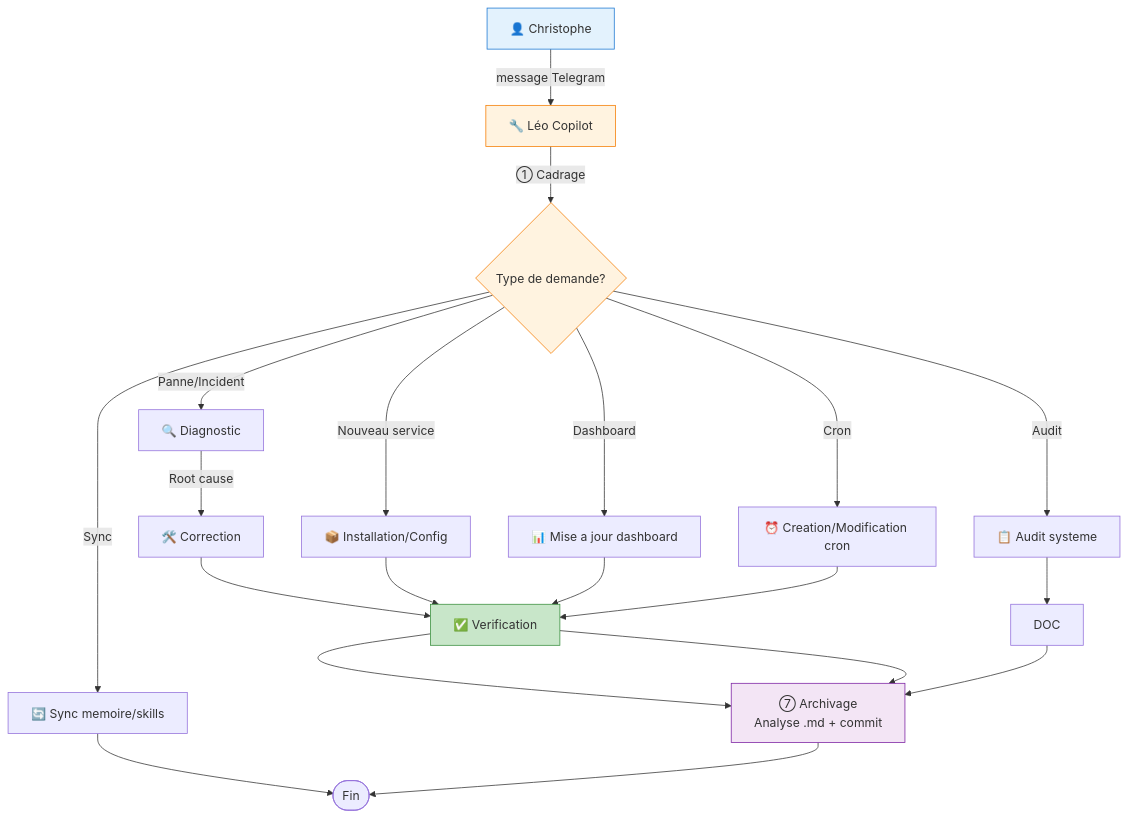
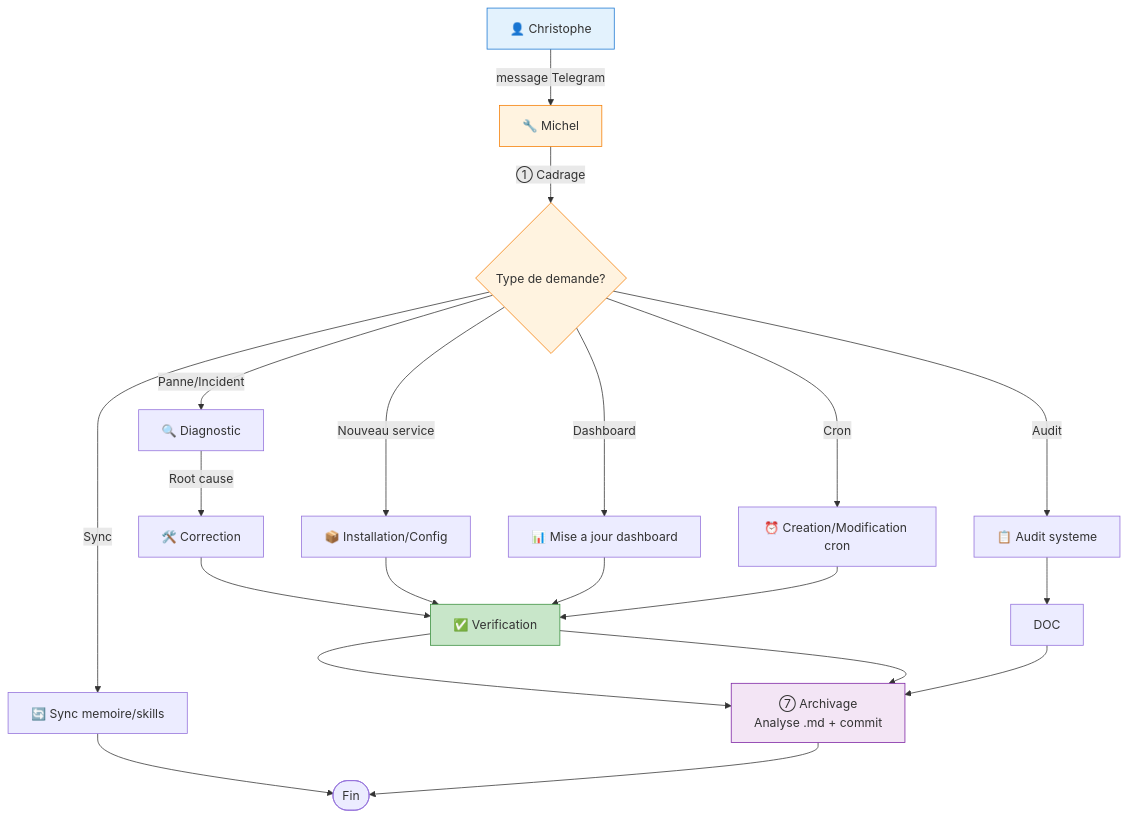
The second of 6 diagrams in docs/wiki/agent-pro/bureau-michel/archive/analyse-bot-leo-copilot.md (christophedanhier-hash/BAVI_LEO), drawn with Mermaid before and after one commit. The commit also changed other lines of this file and 18 other files, not shown here.

Commit message:
v1d: Nettoyage complet - remplacement Léo Copilot/Copilote → Michel dans tous les docs

````diff
--- a/docs/wiki/agent-pro/bureau-michel/archive/analyse-bot-leo-copilot.md
+++ b/docs/wiki/agent-pro/bureau-michel/archive/analyse-bot-leo-copilot.md
@@ -162,36 +162,36 @@
 ```mermaid
 flowchart TD
-    U[👤 Christophe] -->|message Telegram| LC[🔧 Léo Copilot]
+    U[👤 Christophe] -->|message Telegram| LC[🔧 Michel]
     
     LC -->|① Cadrage| Q{Type de demande?}
     
     Q -->|Panne/Incident| DIAG[🔍 Diagnostic]
     DIAG -->|Root cause| FIX[🛠️ Correction]
     FIX --> TEST[✅ Verification]
     TEST --> ARCH
     
     Q -->|Nouveau service| SETUP[📦 Installation/Config]
     SETUP --> TEST
     
     Q -->|Dashboard| DASH[📊 Mise a jour dashboard]
     DASH --> TEST
     
     Q -->|Cron| CRON[⏰ Creation/Modification cron]
     CRON --> TEST
     
     Q -->|Audit| AUDIT[📋 Audit systeme]
     AUDIT --> DOC
     
     Q -->|Sync| SYNC[🔄 Sync memoire/skills]
     SYNC --> FIN
     
     TEST --> ARCH[⑦ Archivage<br/>Analyse .md + commit]
     DOC --> ARCH
     ARCH --> FIN([Fin])
     
     style U fill:#e3f2fd,stroke:#1976d2
     style LC fill:#fff3e0,stroke:#f57c00
     style Q fill:#fff3e0,stroke:#f57c00
     style TEST fill:#c8e6c9,stroke:#388e3c
     style ARCH fill:#f3e5f5,stroke:#7b1fa2
 ```
````
